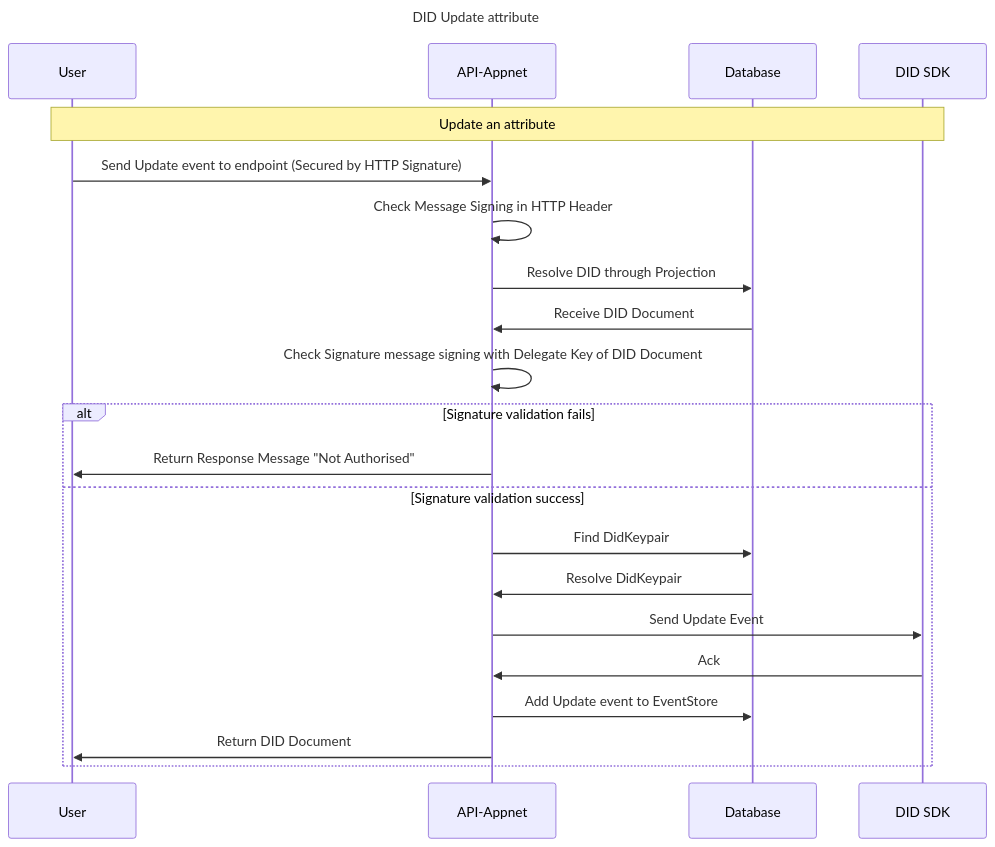
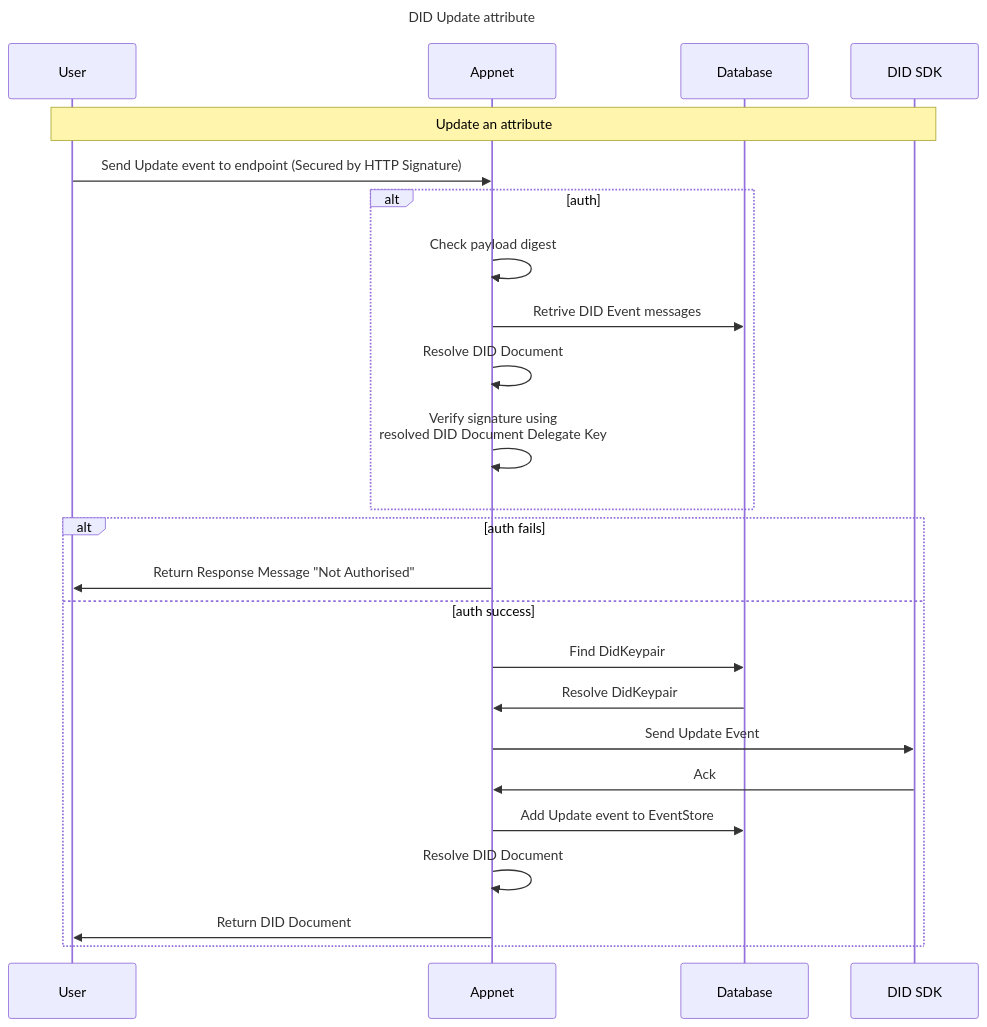
Before and after one commit to Meeco/hedera-did-identity-network: the diagram in documentation/diagrams/did-update-attribute.mmd, drawn with Mermaid.

```diff
--- a/documentation/diagrams/did-update-attribute.mmd
+++ b/documentation/diagrams/did-update-attribute.mmd
@@ -1,24 +1,27 @@
 sequenceDiagram
 Title: DID Update attribute
 
 participant Subject as User
-participant API as API-Appnet
+participant API as Appnet
 participant Database as Database
 participant DIDSDK as DID SDK
 
 note over Subject,DIDSDK: Update an attribute
 Subject ->> API: Send Update event to endpoint (Secured by HTTP Signature)
-API ->> API: Check Message Signing in HTTP Header
-API ->> Database: Resolve DID through Projection
-Database ->> API: Receive DID Document
-API ->> API: Check Signature message signing with Delegate Key of DID Document
-alt Signature validation fails
+alt auth
+API ->> API: Check payload digest
+API ->> Database: Retrive DID Event messages
+API ->> API: Resolve DID Document
+API ->> API: Verify signature using <br> resolved DID Document Delegate Key
+end 
+alt auth fails
 API ->> Subject: Return Response Message "Not Authorised"
-else Signature validation success
+else auth success
 API ->> Database: Find DidKeypair
 Database ->> API: Resolve DidKeypair
 API ->> DIDSDK: Send Update Event
 DIDSDK ->> API: Ack
 API ->> Database: Add Update event to EventStore
+API ->> API: Resolve DID Document
 API ->> Subject: Return DID Document
 end
```
